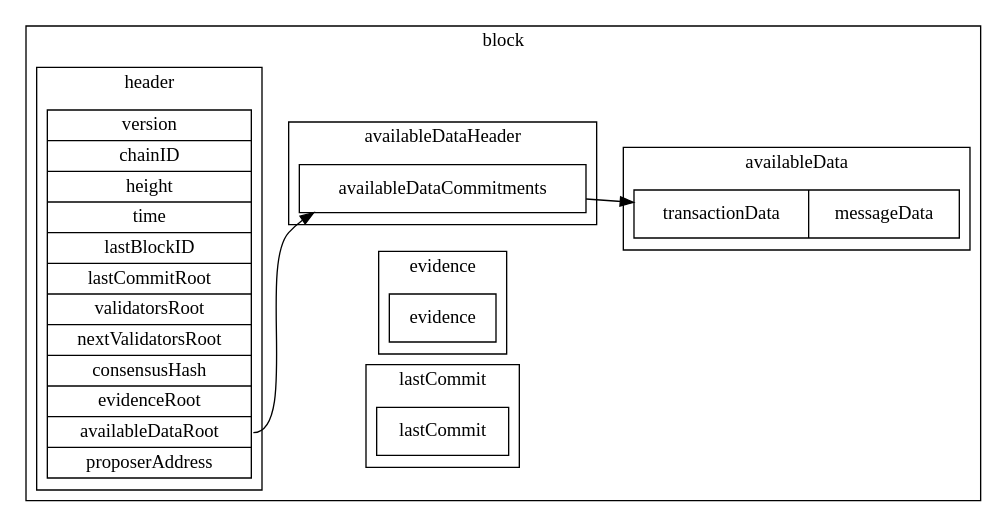
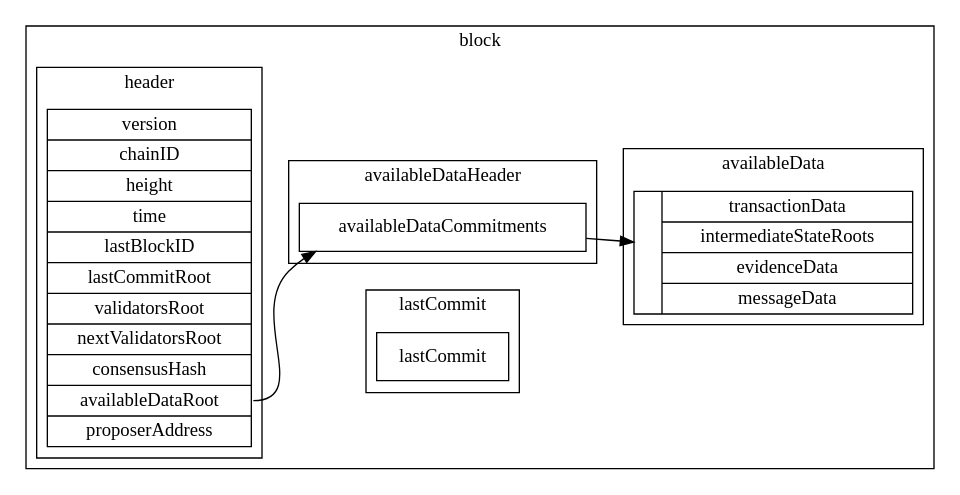
Before and after one commit to celestiaorg/celestia-specs: the diagram in specs/figures/block_data_structures.dot, drawn with Graphviz. The commit also changed 1 other file, not shown here.

Commit message:
Fix data structure architecture for evidence root refactor.

```diff
--- a/specs/figures/block_data_structures.dot
+++ b/specs/figures/block_data_structures.dot
@@ -1,41 +1,35 @@
 digraph G {
     rankdir = "LR";
     node [shape = record];
 
     subgraph cluster_block {
         label = "block";
 
         subgraph cluster_lastcommit {
             label = "lastCommit";
-            struct5 [label = "{lastCommit}"];
-        }
-
-        subgraph cluster_evidence {
-            label = "evidence";
-            struct4 [label = "{evidence}"];
+            struct4 [label = "{lastCommit}"];
         }
 
         subgraph cluster_body {
             label = "availableData";
-            struct3 [label = "{<f0> transactionData | <f1> messageData}"];
+            struct3 [label = "{ | { transactionData | intermediateStateRoots | evidenceData | messageData } }"];
         }
 
         subgraph cluster_availableheader {
             label = "availableDataHeader";
             struct2 [label = "{<f0> availableDataCommitments}"];
         }
 
         subgraph cluster_header {
             label = "header";
-            struct1 [label = "version | chainID | height | time | lastBlockID | lastCommitRoot | validatorsRoot | nextValidatorsRoot | consensusHash | evidenceRoot | <f10> availableDataRoot | proposerAddress"];
+            struct1 [label = "version | chainID | height | time | lastBlockID | lastCommitRoot | validatorsRoot | nextValidatorsRoot | consensusHash | <f9> availableDataRoot | proposerAddress"];
         }
     }
 
-    struct1:f10 -> struct2;
+    struct1:f9 -> struct2;
     struct2:f0 -> struct3;
 
     edge [style = invis];
     struct1 -> struct3;
     struct1 -> struct4;
-    struct1 -> struct5;
 }
```
